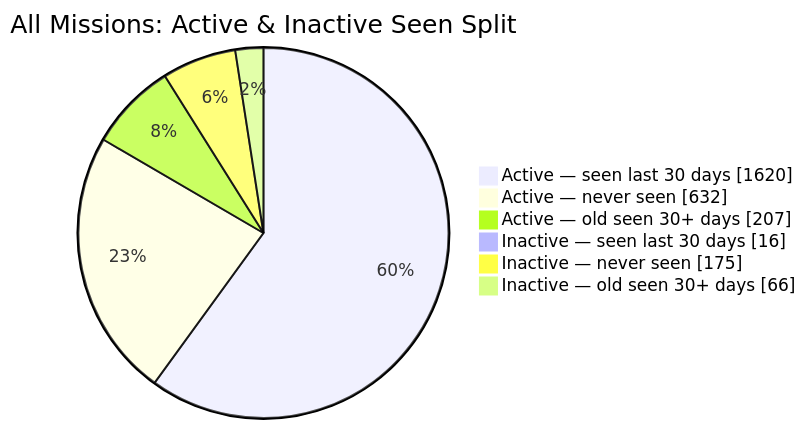
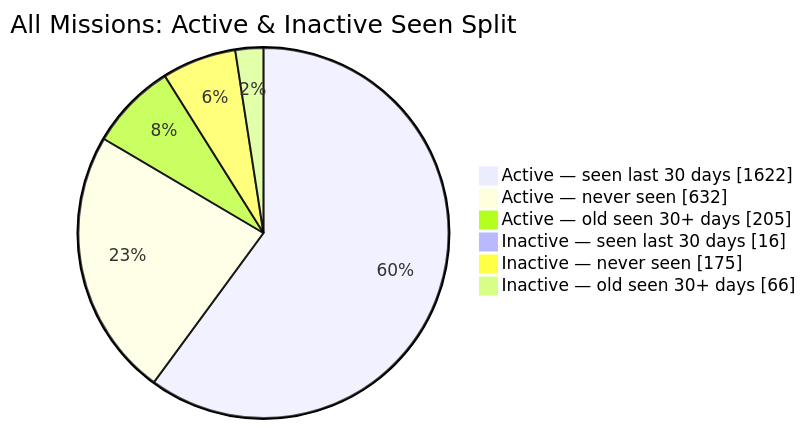
The second of 2 diagrams in README.md (MeldkamerspelGameTeam/active-missions), drawn with Mermaid before and after one commit. The commit also changed other lines of this file and 2 other files, not shown here.

````diff
--- a/README.md
+++ b/README.md
@@ -44,10 +44,10 @@
 ```mermaid
 pie showData
     title All Missions: Active & Inactive Seen Split
-    "Active — seen last 30 days" : 1620
+    "Active — seen last 30 days" : 1622
     "Active — never seen" : 632
-    "Active — old seen 30+ days" : 207
+    "Active — old seen 30+ days" : 205
     "Inactive — seen last 30 days" : 16
     "Inactive — never seen" : 175
     "Inactive — old seen 30+ days" : 66
 ```
````
